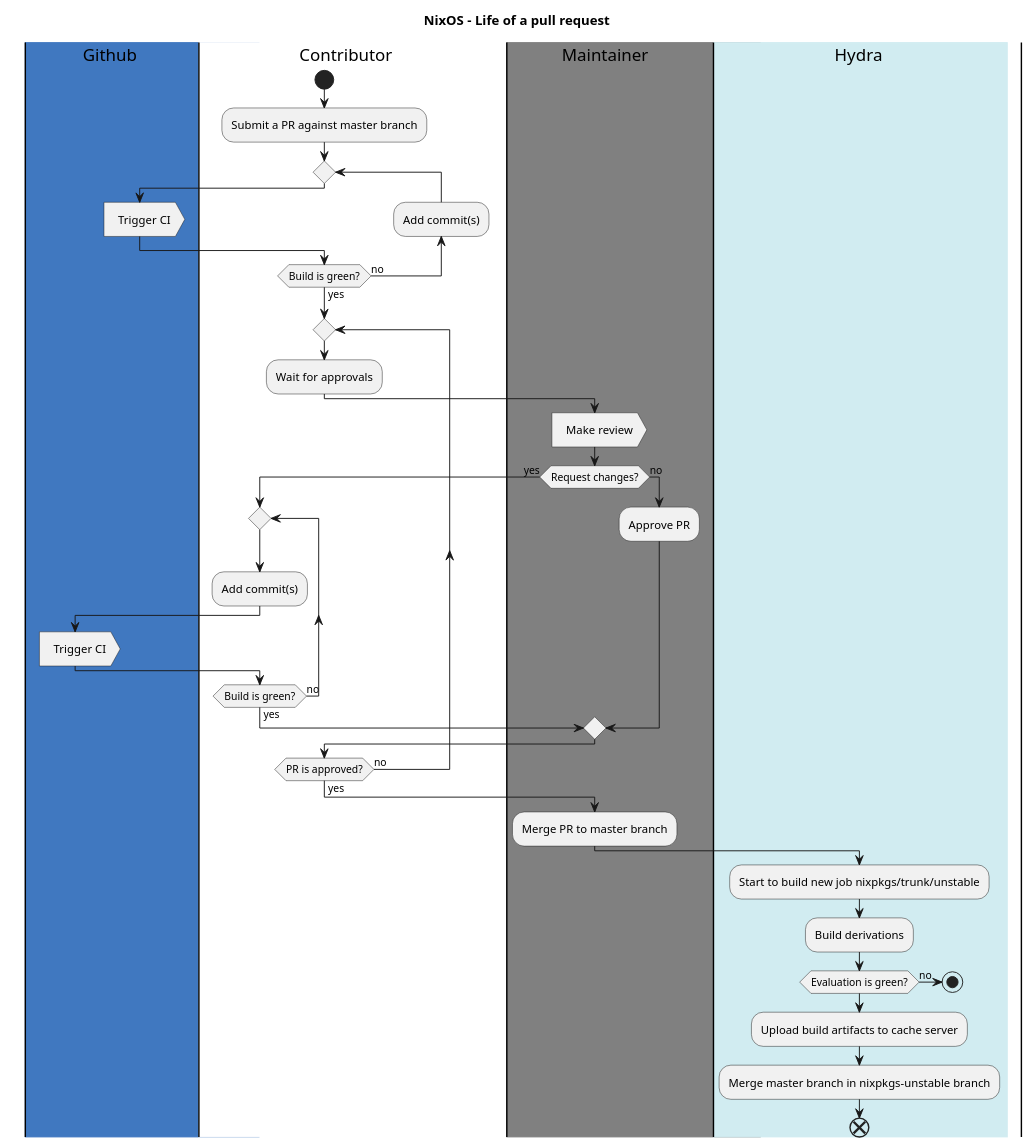
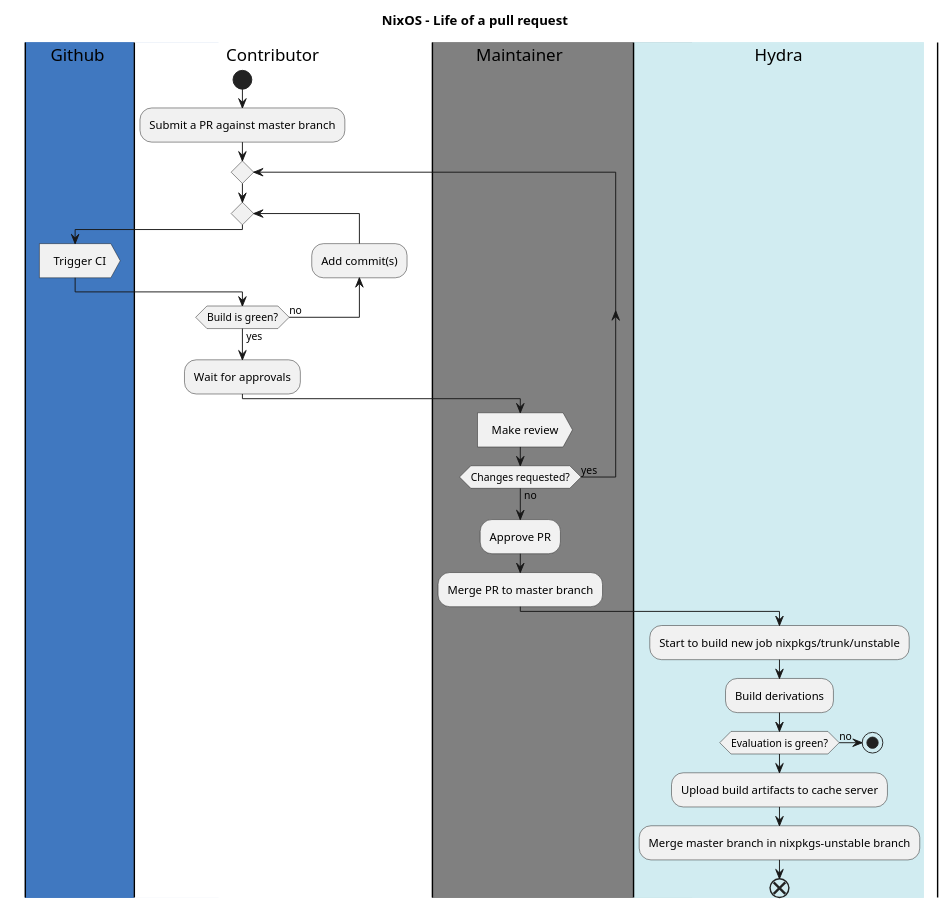
One commit to drupol/nixos-processes changed the diagram in src/life-of-a-pr.plantuml. Above: the diagram before and after it, drawn with PlantUML.

Commit message:
uml: avoid unnecessary repetition

```diff
--- a/src/life-of-a-pr.plantuml
+++ b/src/life-of-a-pr.plantuml
@@ -1,59 +1,46 @@
 @startuml Nixos - Life of a pull request
 skinparam defaultTextAlignment center
 skinparam swimlaneWidth same
 skinparam linetype polyline
 skinparam linetype ortho
 
 title NixOS - Life of a pull request
 
 |#4078c0|Github|
 |#white|Contributor|
 |#grey|Maintainer|
 |#d1ecf1|Hydra|
 
 |Contributor|
 start
   :Submit a PR against master branch;
 
   repeat
-    backward :Add commit(s);
-    |Github|
-    :Trigger CI>
-    |Contributor|
-  repeat while (Build is green?) is (no) not (yes)
-
-  repeat
+    repeat
+      backward :Add commit(s);
+      |Github|
+      :Trigger CI>
+      |Contributor|
+    repeat while (Build is green?) is (no) not (yes)
     :Wait for approvals;
-
     |Maintainer|
     :Make review>
-    if (Request changes?) then (yes)
-      |Contributor|
-      repeat
-        :Add commit(s);
-        |Github|
-        :Trigger CI>
-        |Contributor|
-      repeat while (Build is green?) is (no) not (yes)
-    else (no)
-      |Maintainer|
-      :Approve PR;
-    endif
-    |Contributor|
-  repeat while (PR is approved?) is (no) not (yes)
+  repeat while (Changes requested?) is (yes) not (no)
+  |Maintainer|
+  :Approve PR;
 
   |Maintainer|
   :Merge PR to master branch;
 
   |Hydra|
   :Start to build new job nixpkgs/trunk/unstable;
   :Build derivations;
 
   if (Evaluation is green?) is (no) then
   stop
   endif
 
   :Upload build artifacts to cache server;
   :Merge master branch in nixpkgs-unstable branch;
 end
 @enduml
```
